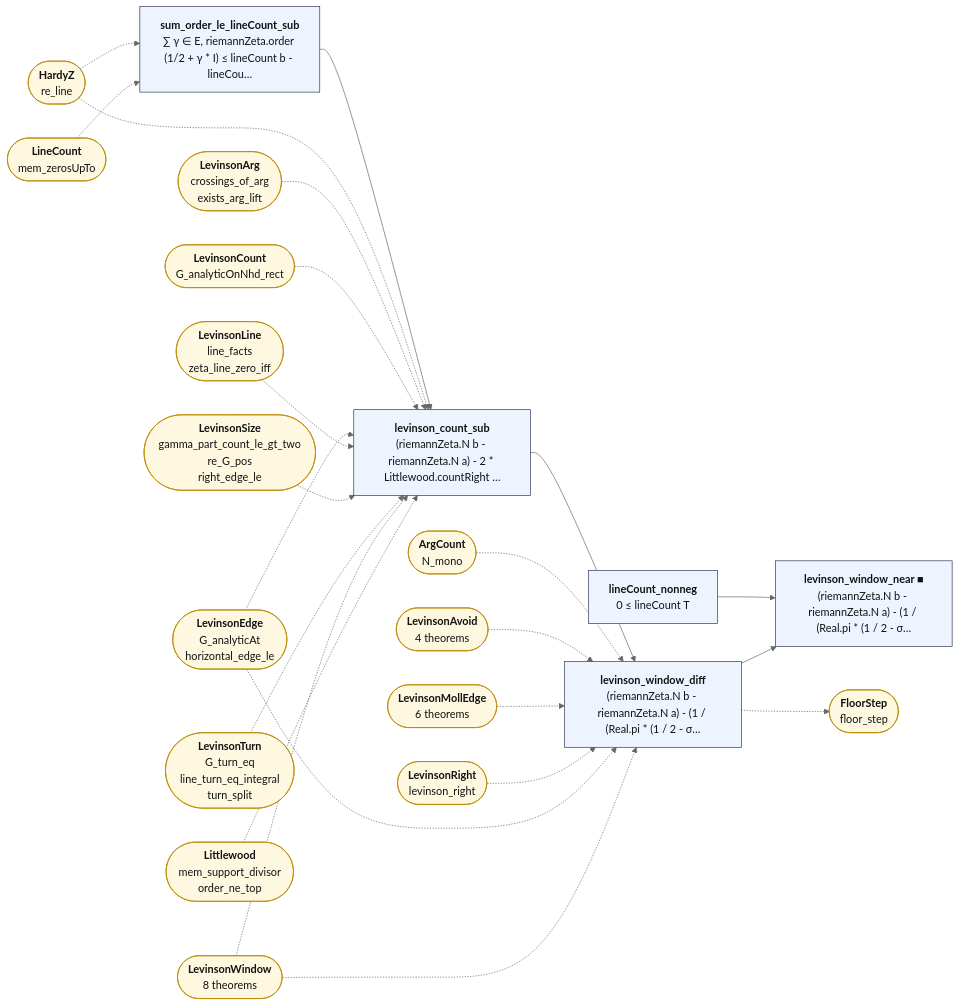
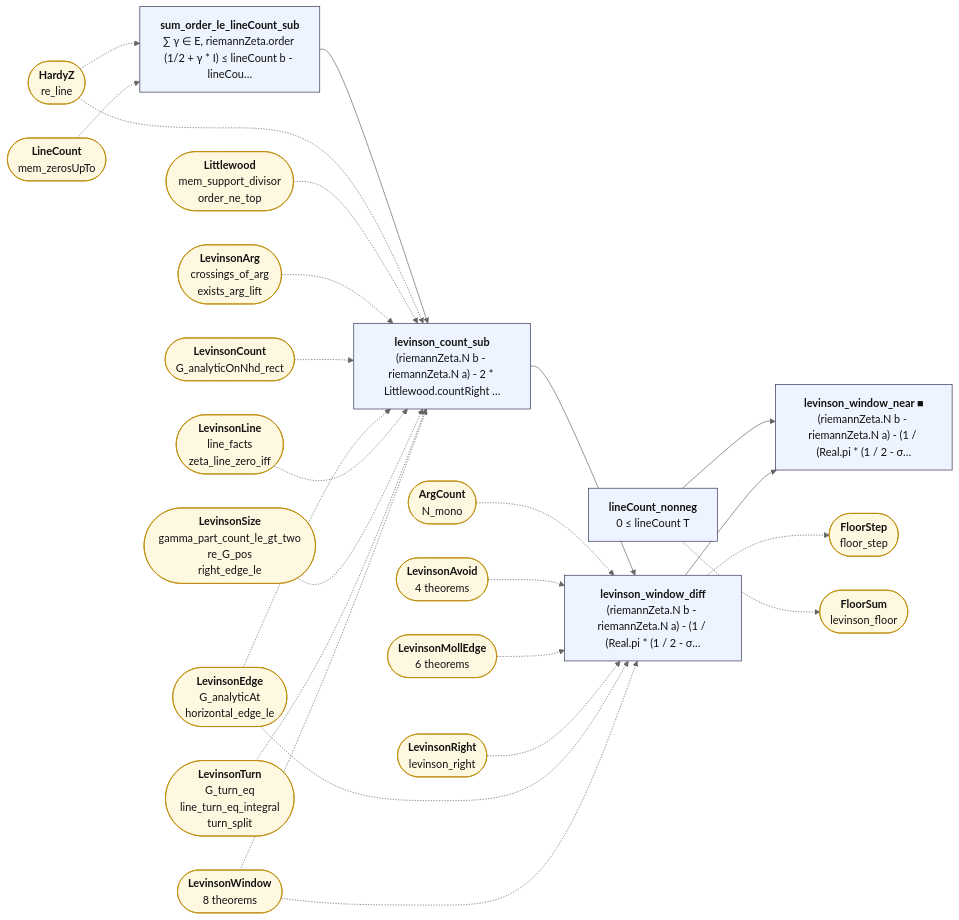
One commit to juliansambranojr/Primebeat_081426 changed the diagram in map/lean_stage3/LevinsonWindowNear.mmd. Above: the diagram before and after it, drawn with Mermaid (neutral theme). The commit also changed 30 other files, not shown here.

```diff
--- a/map/lean_stage3/LevinsonWindowNear.mmd
+++ b/map/lean_stage3/LevinsonWindowNear.mmd
@@ -1,51 +1,53 @@
 flowchart LR
   n0["<b>sum_order_le_lineCount_sub</b><br/>∑ γ ∈ E, riemannZeta.order (1/2 + γ * I) ≤ lineCount b - lineCou…"]:::thm
   n1["<b>lineCount_nonneg</b><br/>0 ≤ lineCount T"]:::thm
   n2["<b>levinson_count_sub</b><br/>(riemannZeta.N b - riemannZeta.N a) - 2 * Littlewood.countRight …"]:::thm
   n3["<b>levinson_window_diff</b><br/>(riemannZeta.N b - riemannZeta.N a) - (1 / (Real.pi * (1 / 2 - σ…"]:::thm
   n4["<b>levinson_window_near ■</b><br/>(riemannZeta.N b - riemannZeta.N a) - (1 / (Real.pi * (1 / 2 - σ…"]:::thm
   x0(["<b>HardyZ</b><br/>re_line"]):::ext
   x1(["<b>LineCount</b><br/>mem_zerosUpTo"]):::ext
-  x2(["<b>LevinsonArg</b><br/>crossings_of_arg<br/>exists_arg_lift"]):::ext
-  x3(["<b>LevinsonCount</b><br/>G_analyticOnNhd_rect"]):::ext
-  x4(["<b>LevinsonEdge</b><br/>G_analyticAt<br/>horizontal_edge_le"]):::ext
-  x5(["<b>LevinsonLine</b><br/>line_facts<br/>zeta_line_zero_iff"]):::ext
-  x6(["<b>LevinsonSize</b><br/>gamma_part_count_le_gt_two<br/>re_G_pos<br/>right_edge_le"]):::ext
-  x7(["<b>LevinsonTurn</b><br/>G_turn_eq<br/>line_turn_eq_integral<br/>turn_split"]):::ext
-  x8(["<b>LevinsonWindow</b><br/>8 theorems"]):::ext
-  x9(["<b>Littlewood</b><br/>mem_support_divisor<br/>order_ne_top"]):::ext
-  x10(["<b>ArgCount</b><br/>N_mono"]):::ext
-  x11(["<b>LevinsonAvoid</b><br/>4 theorems"]):::ext
-  x12(["<b>LevinsonMollEdge</b><br/>6 theorems"]):::ext
-  x13(["<b>LevinsonRight</b><br/>levinson_right"]):::ext
-  x14(["<b>FloorStep</b><br/>floor_step"]):::ext
+  x2(["<b>FloorSum</b><br/>levinson_floor"]):::ext
+  x3(["<b>LevinsonArg</b><br/>crossings_of_arg<br/>exists_arg_lift"]):::ext
+  x4(["<b>LevinsonCount</b><br/>G_analyticOnNhd_rect"]):::ext
+  x5(["<b>LevinsonEdge</b><br/>G_analyticAt<br/>horizontal_edge_le"]):::ext
+  x6(["<b>LevinsonLine</b><br/>line_facts<br/>zeta_line_zero_iff"]):::ext
+  x7(["<b>LevinsonSize</b><br/>gamma_part_count_le_gt_two<br/>re_G_pos<br/>right_edge_le"]):::ext
+  x8(["<b>LevinsonTurn</b><br/>G_turn_eq<br/>line_turn_eq_integral<br/>turn_split"]):::ext
+  x9(["<b>LevinsonWindow</b><br/>8 theorems"]):::ext
+  x10(["<b>Littlewood</b><br/>mem_support_divisor<br/>order_ne_top"]):::ext
+  x11(["<b>ArgCount</b><br/>N_mono"]):::ext
+  x12(["<b>LevinsonAvoid</b><br/>4 theorems"]):::ext
+  x13(["<b>LevinsonMollEdge</b><br/>6 theorems"]):::ext
+  x14(["<b>LevinsonRight</b><br/>levinson_right"]):::ext
+  x15(["<b>FloorStep</b><br/>floor_step"]):::ext
   n0 --> n2
   n1 --> n4
   n2 --> n3
   n3 --> n4
-  n3 -.-> x14
+  n1 -.-> x2
+  n3 -.-> x15
   x0 -.-> n0
   x0 -.-> n2
   x1 -.-> n0
-  x10 -.-> n3
+  x10 -.-> n2
   x11 -.-> n3
   x12 -.-> n3
   x13 -.-> n3
-  x2 -.-> n2
+  x14 -.-> n3
   x3 -.-> n2
   x4 -.-> n2
-  x4 -.-> n3
   x5 -.-> n2
+  x5 -.-> n3
   x6 -.-> n2
   x7 -.-> n2
   x8 -.-> n2
-  x8 -.-> n3
   x9 -.-> n2
+  x9 -.-> n3
   classDef cnt fill:#dff5ec,stroke:#17694a,color:#111
   classDef shp fill:#f1ecfb,stroke:#5b3fa0,color:#111
   classDef rh fill:#ffe5e5,stroke:#c22,color:#111,stroke-width:2px
   classDef thm fill:#eef4ff,stroke:#335,color:#111
   classDef end_ fill:#e7f7e7,stroke:#2a7,color:#111,stroke-width:2px
   classDef lone fill:#fff,stroke:#999,color:#111,stroke-dasharray:4 3
   classDef bad fill:#ffe5e5,stroke:#c22,color:#111,stroke-width:2px
   classDef ext fill:#fff8e1,stroke:#b80,color:#111
```
